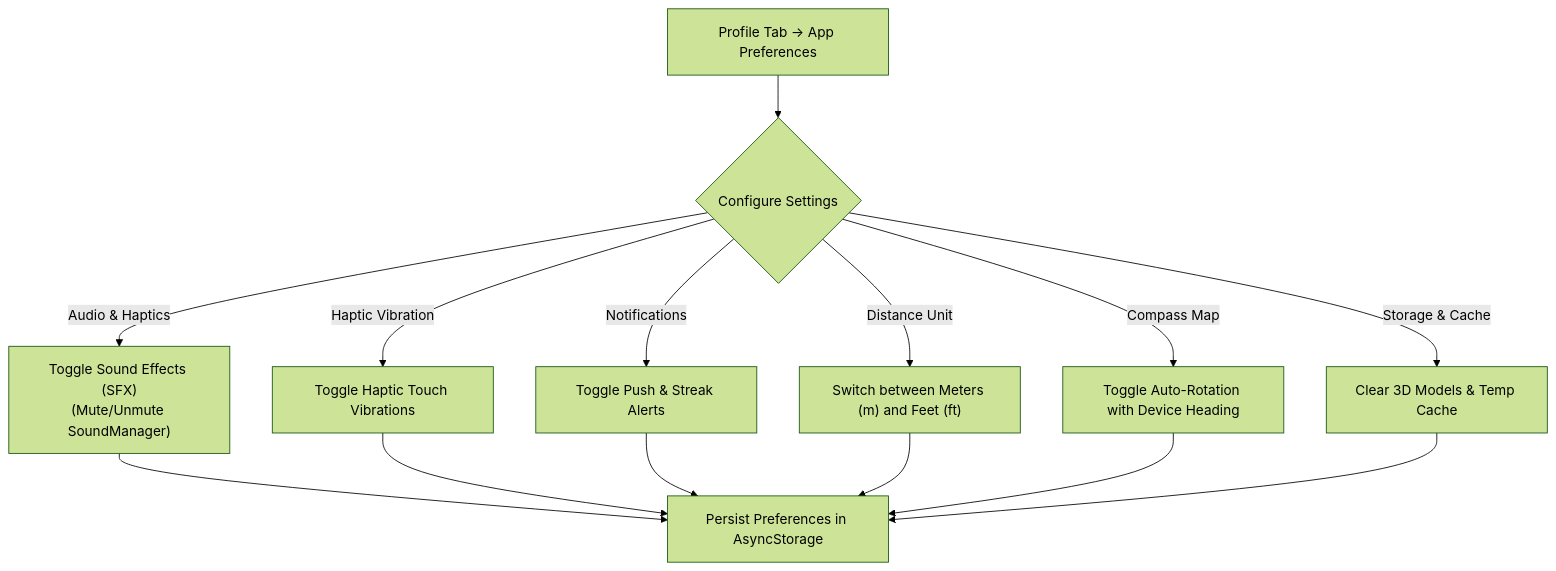
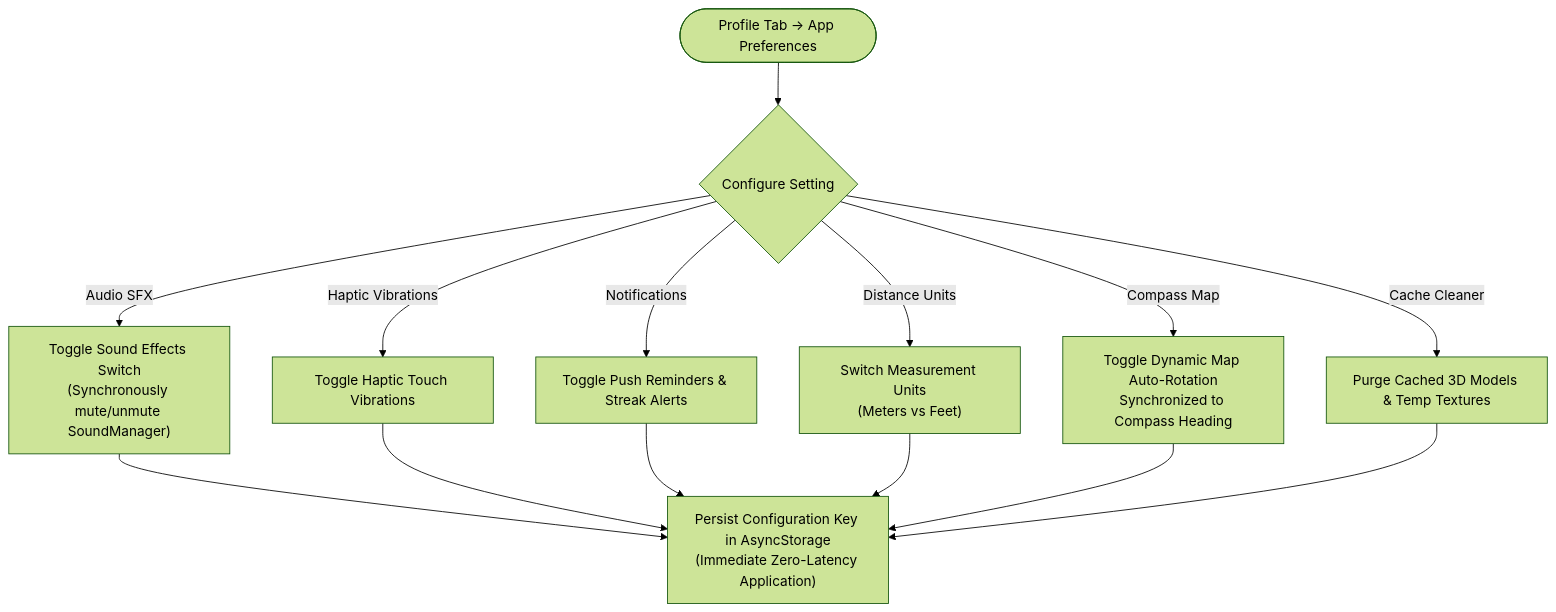
Before and after one commit to Cipher-Syntax/ARQuest: the fifth of 7 diagrams in user-flow.md, drawn with Mermaid (forest theme). The commit also changed other lines of this file and 8 other files, not shown here.

Commit message:
Updated: documentation + diagrams

````diff
--- a/user-flow.md
+++ b/user-flow.md
@@ -132,20 +180,21 @@
 ```mermaid
 flowchart TD
-    PROFILE["Profile Tab → App Preferences"]
+    START_PREF(["Profile Tab → App Preferences"])
+    PREF_MENU{"Configure Setting"}
 
-    PROFILE --> PREF_SECTION{"Configure Settings"}
+    START_PREF --> PREF_MENU
 
-    PREF_SECTION -->|"Audio & Haptics"| SFX_TOGGLE["Toggle Sound Effects (SFX)\n(Mute/Unmute SoundManager)"]
-    PREF_SECTION -->|"Haptic Vibration"| HAP_TOGGLE["Toggle Haptic Touch Vibrations"]
-    PREF_SECTION -->|"Notifications"| PUSH_TOGGLE["Toggle Push & Streak Alerts"]
-    PREF_SECTION -->|"Distance Unit"| UNIT_TOGGLE["Switch between Meters (m) and Feet (ft)"]
-    PREF_SECTION -->|"Compass Map"| COMPASS_TOGGLE["Toggle Auto-Rotation with Device Heading"]
-    PREF_SECTION -->|"Storage & Cache"| CLEAR_CACHE["Clear 3D Models & Temp Cache"]
+    PREF_MENU -->|"Audio SFX"| SFX_TOGGLE["Toggle Sound Effects Switch<br/>(Synchronously mute/unmute SoundManager)"]
+    PREF_MENU -->|"Haptic Vibrations"| HAP_TOGGLE["Toggle Haptic Touch Vibrations"]
+    PREF_MENU -->|"Notifications"| NOTIF_TOGGLE["Toggle Push Reminders & Streak Alerts"]
+    PREF_MENU -->|"Distance Units"| UNIT_TOGGLE["Switch Measurement Units<br/>(Meters vs Feet)"]
+    PREF_MENU -->|"Compass Map"| COMPASS_TOGGLE["Toggle Dynamic Map Auto-Rotation<br/>Synchronized to Compass Heading"]
+    PREF_MENU -->|"Cache Cleaner"| CACHE_CLEAR["Purge Cached 3D Models & Temp Textures"]
 
-    SFX_TOGGLE --> SYNC_ASYNC["Persist Preferences in AsyncStorage"]
-    HAP_TOGGLE --> SYNC_ASYNC
-    PUSH_TOGGLE --> SYNC_ASYNC
-    UNIT_TOGGLE --> SYNC_ASYNC
-    COMPASS_TOGGLE --> SYNC_ASYNC
-    CLEAR_CACHE --> SYNC_ASYNC
+    SFX_TOGGLE --> ASYNC_WRITE["Persist Configuration Key in AsyncStorage<br/>(Immediate Zero-Latency Application)"]
+    HAP_TOGGLE --> ASYNC_WRITE
+    NOTIF_TOGGLE --> ASYNC_WRITE
+    UNIT_TOGGLE --> ASYNC_WRITE
+    COMPASS_TOGGLE --> ASYNC_WRITE
+    CACHE_CLEAR --> ASYNC_WRITE
 ```
````
